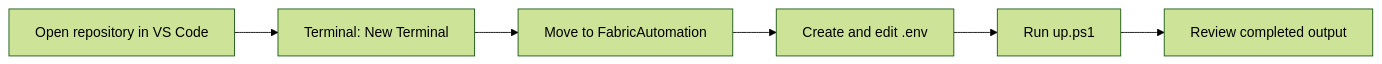
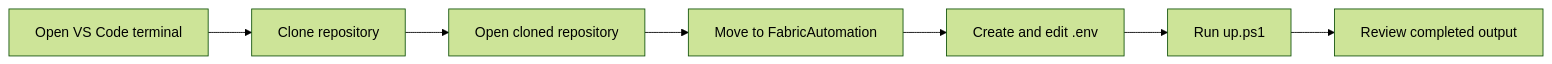
Before and after one commit to TechExperiences/Sellers-Customer-Technical-Workshops-Packages: the first of 2 diagrams in Ubiquitous-Innovation/FabricAutomation/README.md, drawn with Mermaid (forest theme). The commit also changed other lines of this file and 2 other files, not shown here.

First line of the commit message:
docs: simplify package deployment to a VS Code clone workflow

````diff
--- a/Ubiquitous-Innovation/FabricAutomation/README.md
+++ b/Ubiquitous-Innovation/FabricAutomation/README.md
@@ -62,8 +65,9 @@
 ```mermaid
 flowchart LR
-    A[Open repository in VS Code] --> B[Terminal: New Terminal]
-    B --> C[Move to FabricAutomation]
-    C --> D[Create and edit .env]
-    D --> E[Run up.ps1]
-    E --> F[Review completed output]
+    A[Open VS Code terminal] --> B[Clone repository]
+    B --> C[Open cloned repository]
+    C --> D[Move to FabricAutomation]
+    D --> E[Create and edit .env]
+    E --> F[Run up.ps1]
+    F --> G[Review completed output]
 ```
````
